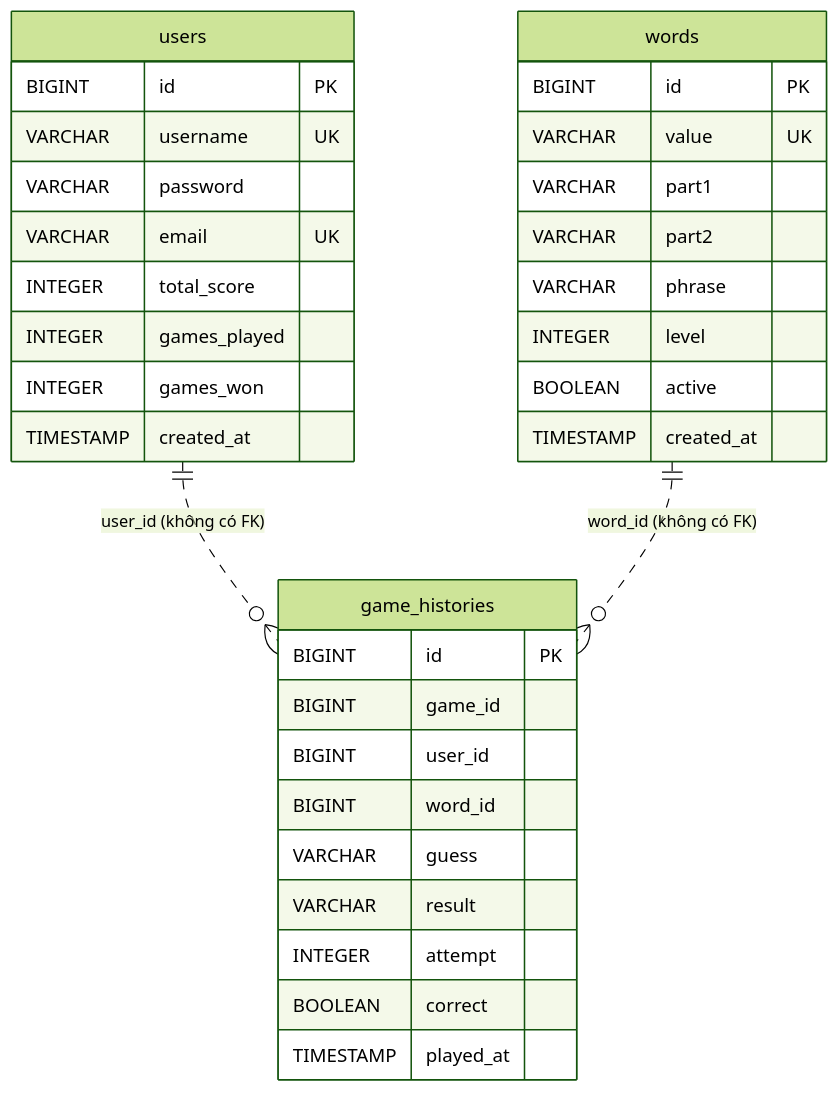
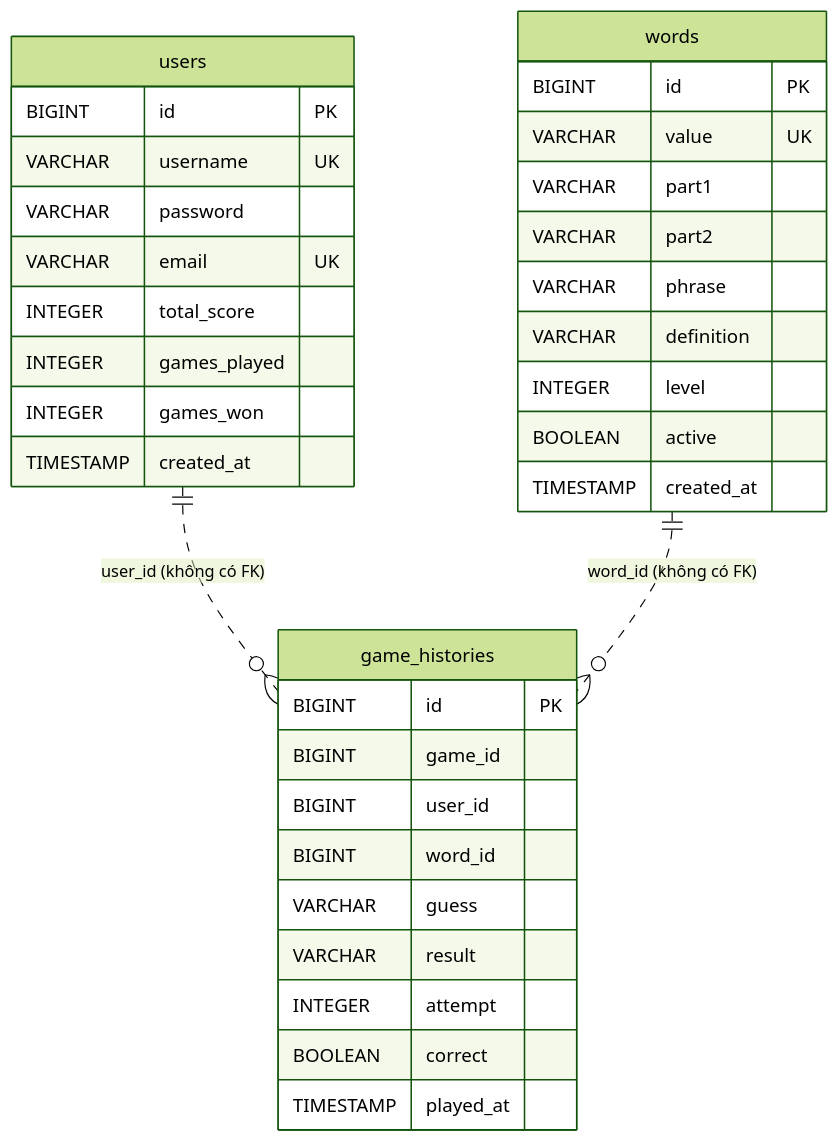
Before and after one commit to buingocdu/Doan-Chu: the diagram in docs/database/database-design.md, drawn with Mermaid (forest theme). The commit also changed other lines of this file and 16 other files, not shown here.

````diff
--- a/docs/database/database-design.md
+++ b/docs/database/database-design.md
@@ -21,36 +21,37 @@
 ```mermaid
 erDiagram
     users ||..o{ game_histories : "user_id (không có FK)"
     words ||..o{ game_histories : "word_id (không có FK)"
     users {
         BIGINT id PK
         VARCHAR username UK
         VARCHAR password
         VARCHAR email UK
         INTEGER total_score
         INTEGER games_played
         INTEGER games_won
         TIMESTAMP created_at
     }
     words {
         BIGINT id PK
         VARCHAR value UK
         VARCHAR part1
         VARCHAR part2
         VARCHAR phrase
+        VARCHAR definition
         INTEGER level
         BOOLEAN active
         TIMESTAMP created_at
     }
     game_histories {
         BIGINT id PK
         BIGINT game_id
         BIGINT user_id
         BIGINT word_id
         VARCHAR guess
         VARCHAR result
         INTEGER attempt
         BOOLEAN correct
         TIMESTAMP played_at
     }
 ```
````
